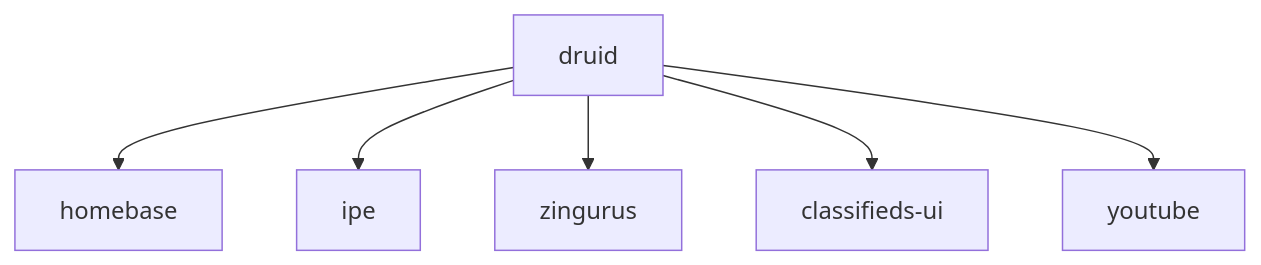
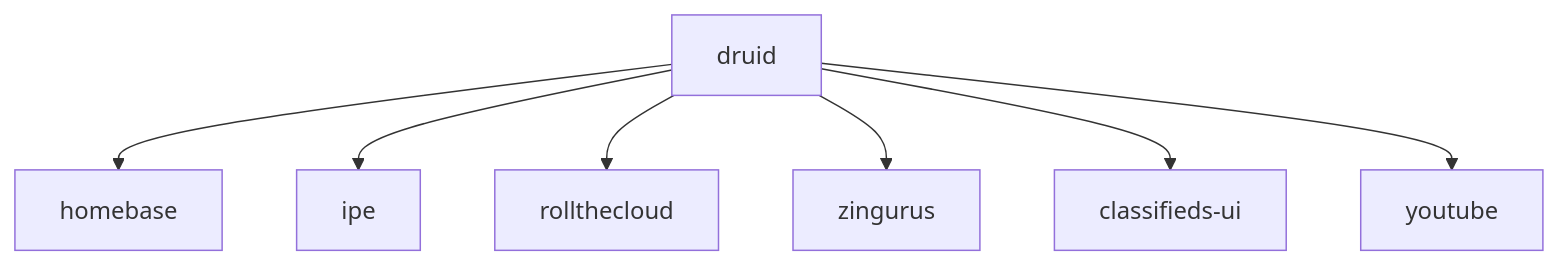
Before and after one commit to rollthecloudinc/quell: the diagram in architecture/ecosystem/README.md, drawn with Mermaid. The commit also changed other lines of this file, not shown here.

````diff
--- a/architecture/ecosystem/README.md
+++ b/architecture/ecosystem/README.md
@@ -4,8 +4,9 @@
 ```mermaid
 flowchart TB
 druid-->homebase[homebase]
 druid[druid]-->ipe[ipe];
+druid[druid]-->cloud[rollthecloud];
 druid-->zingurus[zingurus]
 druid-->classifieds-ui[classifieds-ui]
 druid-->youtube
 ```
````
